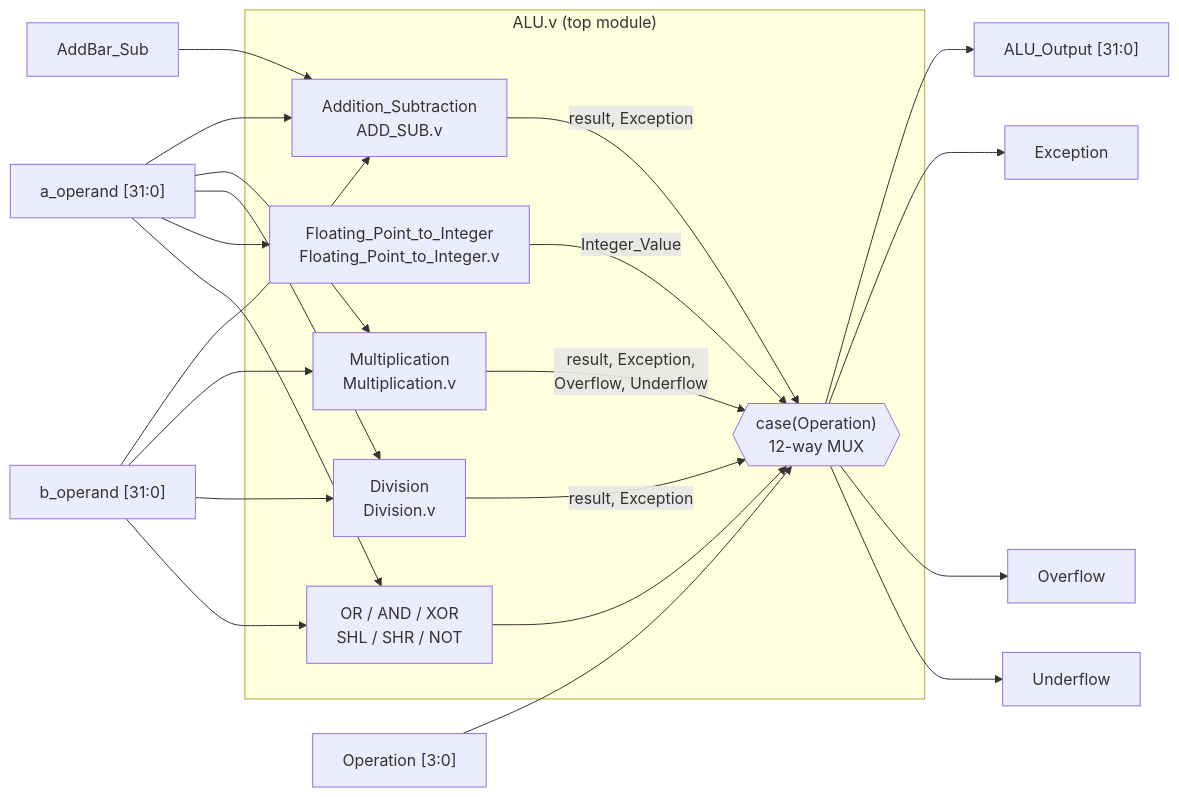
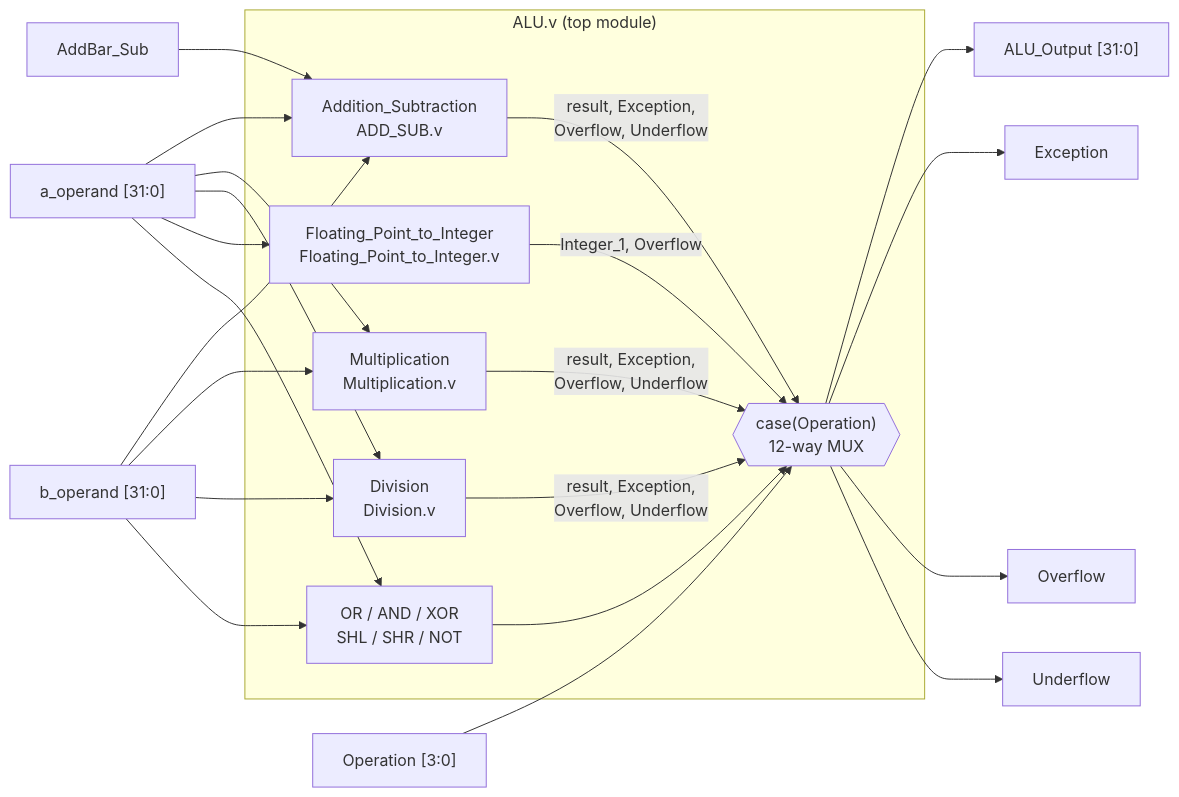
One commit to tdviet2011/ALU-PLOATING-POINT changed the first of 6 diagrams in README.md. Above: the diagram before and after it, drawn with Mermaid. The commit also changed other lines of this file and 16 other files, not shown here.

````diff
--- a/README.md
+++ b/README.md
@@ -29,34 +32,34 @@
 ```mermaid
 flowchart LR
     A["a_operand [31:0]"] --> ADD
     B["b_operand [31:0]"] --> ADD
     SUB["AddBar_Sub"] --> ADD
     A --> MUL
     B --> MUL
     A --> DIV
     B --> DIV
     A --> F2I
     A --> LOGIC
     B --> LOGIC
 
     subgraph ALU["ALU.v (top module)"]
         ADD["Addition_Subtraction<br/>ADD_SUB.v"]
         MUL["Multiplication<br/>Multiplication.v"]
         DIV["Division<br/>Division.v"]
         F2I["Floating_Point_to_Integer<br/>Floating_Point_to_Integer.v"]
         LOGIC["OR / AND / XOR<br/>SHL / SHR / NOT"]
         MUX{{"case(Operation)<br/>12-way MUX"}}
     end
 
-    ADD -->|"result, Exception"| MUX
+    ADD -->|"result, Exception,<br/>Overflow, Underflow"| MUX
     MUL -->|"result, Exception,<br/>Overflow, Underflow"| MUX
-    DIV -->|"result, Exception"| MUX
-    F2I -->|Integer_Value| MUX
+    DIV -->|"result, Exception,<br/>Overflow, Underflow"| MUX
+    F2I -->|"Integer_1, Overflow"| MUX
     LOGIC --> MUX
     OP["Operation [3:0]"] --> MUX
 
     MUX --> Y["ALU_Output [31:0]"]
     MUX --> EX["Exception"]
     MUX --> OV["Overflow"]
     MUX --> UN["Underflow"]
 ```
````
